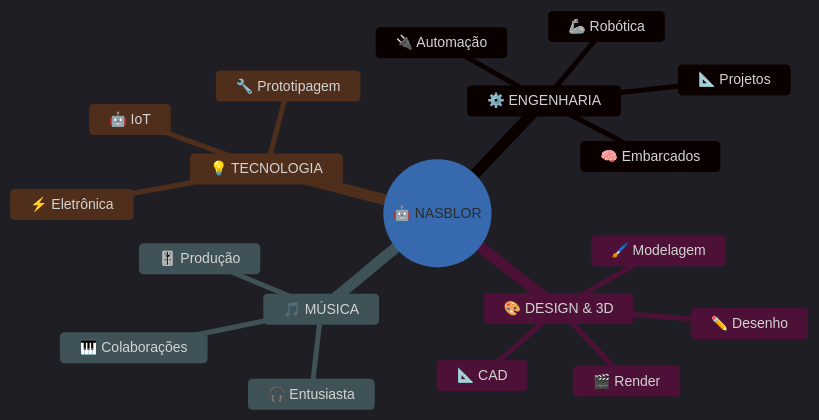
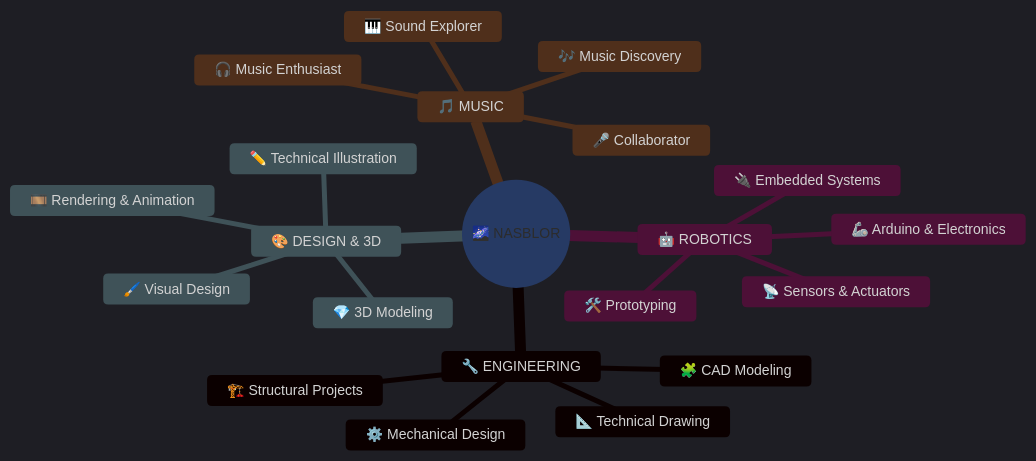
One commit to nasblor/nasblor changed the first of 4 diagrams in readme.md. Above: the diagram before and after it, drawn with Mermaid. The commit also changed other lines of this file, not shown here.

````diff
--- a/readme.md
+++ b/readme.md
@@ -19,23 +20,25 @@
 ```mermaid
-%%{init: {'theme':'dark','themeVariables':{'primaryColor':'#60a5fa','primaryTextColor':'#ffffff','primaryBorderColor':'#60a5fa','lineColor':'#93c5fd','secondaryColor':'#1e3a5f','tertiaryColor':'#0a1628','fontSize':'14px'}}}%%
+%%{init: {'theme':'dark','themeVariables':{'primaryColor':'#2563eb','primaryTextColor':'#ffffff','primaryBorderColor':'#7dd3fc','lineColor':'#60a5fa','secondaryColor':'#0a0f1a','tertiaryColor':'#0d1b3e','fontSize':'14px'}}}%%
 mindmap
-  root((🤖 NASBLOR))
-    ⚙️ ENGENHARIA
-      🦾 Robótica
-      🔌 Automação
-      📐 Projetos
-      🧠 Embarcados
+  root((🌌 NASBLOR))
+    🔧 ENGINEERING
+      ⚙️ Mechanical Design
+      📐 Technical Drawing
+      🏗️ Structural Projects
+      🧩 CAD Modeling
+    🤖 ROBOTICS
+      🦾 Arduino & Electronics
+      🔌 Embedded Systems
+      🛠️ Prototyping
+      📡 Sensors & Actuators
     🎨 DESIGN & 3D
-      🖌️ Modelagem
-      ✏️ Desenho
-      🎬 Render
-      📐 CAD
-    🎵 MÚSICA
-      🎧 Entusiasta
-      🎹 Colaborações
-      🎚️ Produção
-    💡 TECNOLOGIA
-      🔧 Prototipagem
-      🤖 IoT
-      ⚡ Eletrônica
+      🖌️ Visual Design
+      💎 3D Modeling
+      🎞️ Rendering & Animation
+      ✏️ Technical Illustration
+    🎵 MUSIC
+      🎧 Music Enthusiast
+      🎤 Collaborator
+      🎶 Music Discovery
+      🎹 Sound Explorer
 ```
````
